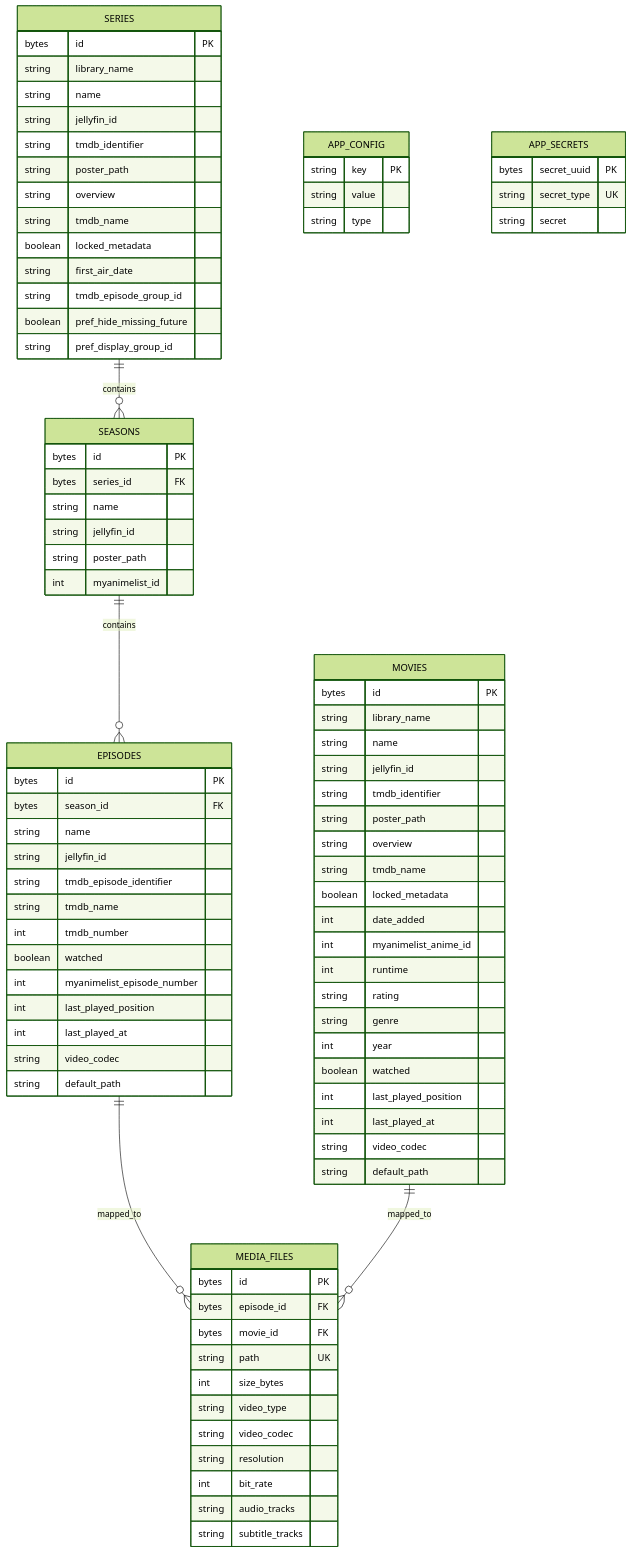
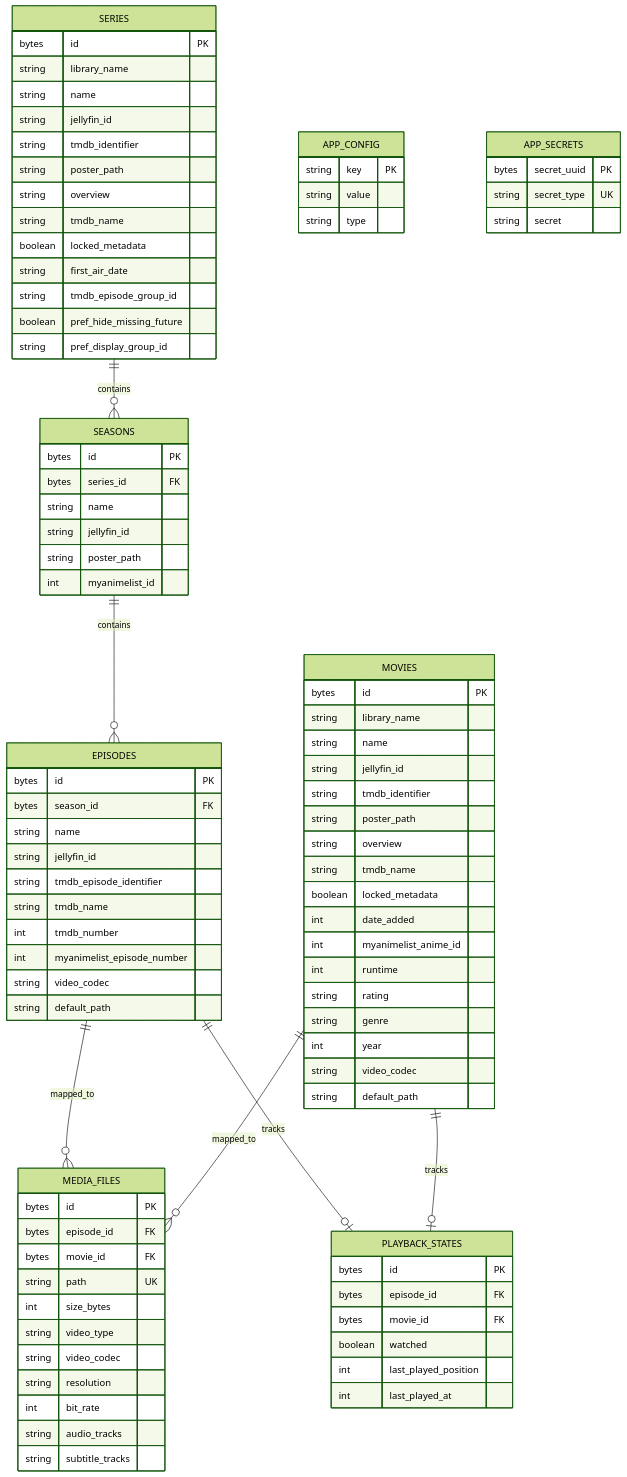
Before and after one commit to JohnDeSilva/lan-streamer: the diagram in README.md, drawn with Mermaid (forest theme). The commit also changed 2 other files, not shown here.

Commit message:
docs: update docs with decoupling changes

````diff
--- a/README.md
+++ b/README.md
@@ -280,10 +280,7 @@
         string tmdb_episode_identifier
         string tmdb_name
         int tmdb_number
-        boolean watched
         int myanimelist_episode_number
-        int last_played_position
-        int last_played_at
         string video_codec
         string default_path
     }
@@ -303,9 +300,6 @@
         string rating
         string genre
         int year
-        boolean watched
-        int last_played_position
-        int last_played_at
         string video_codec
         string default_path
     }
@@ -322,6 +316,14 @@
         string audio_tracks
         string subtitle_tracks
     }
+    PLAYBACK_STATES {
+        bytes id PK
+        bytes episode_id FK
+        bytes movie_id FK
+        boolean watched
+        int last_played_position
+        int last_played_at
+    }
     APP_CONFIG {
         string key PK
         string value
@@ -337,4 +339,6 @@
     SEASONS ||--o{ EPISODES : "contains"
     EPISODES ||--o{ MEDIA_FILES : "mapped_to"
     MOVIES ||--o{ MEDIA_FILES : "mapped_to"
+    EPISODES ||--o| PLAYBACK_STATES : "tracks"
+    MOVIES ||--o| PLAYBACK_STATES : "tracks"
 ```
````
